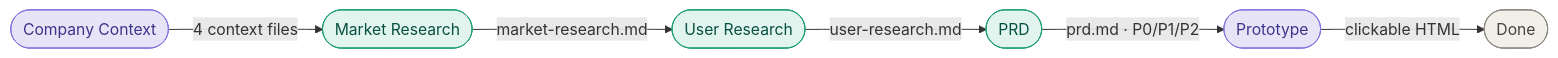
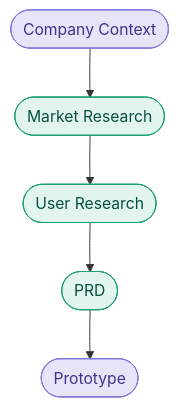
One commit to prasadmks/agentic-pm-harness changed the diagram in README.md. Above: the diagram before and after it, drawn with Mermaid. The commit also changed other lines of this file, not shown here.

````diff
--- a/README.md
+++ b/README.md
@@ -17,15 +17,13 @@
 ```mermaid
-flowchart LR
-    A([Company Context]) -->|4 context files| B([Market Research])
-    B -->|market-research.md| C([User Research])
-    C -->|user-research.md| D([PRD])
-    D -->|prd.md · P0/P1/P2| E([Prototype])
-    E -->|clickable HTML| F([Done])
+flowchart TD
+    A([Company Context]) --> B([Market Research])
+    B --> C([User Research])
+    C --> D([PRD])
+    D --> E([Prototype])
 
     style A fill:#e8e4f8,stroke:#7F77DD,color:#3C3489
     style B fill:#e1f5ee,stroke:#1D9E75,color:#085041
     style C fill:#e1f5ee,stroke:#1D9E75,color:#085041
     style D fill:#e1f5ee,stroke:#1D9E75,color:#085041
     style E fill:#e8e4f8,stroke:#7F77DD,color:#3C3489
-    style F fill:#f1efe8,stroke:#888780,color:#444441
 ```
````
